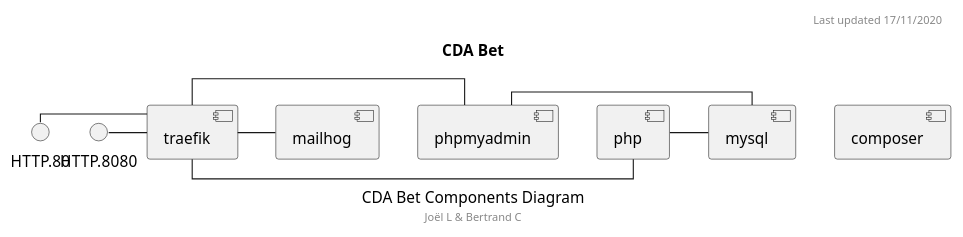
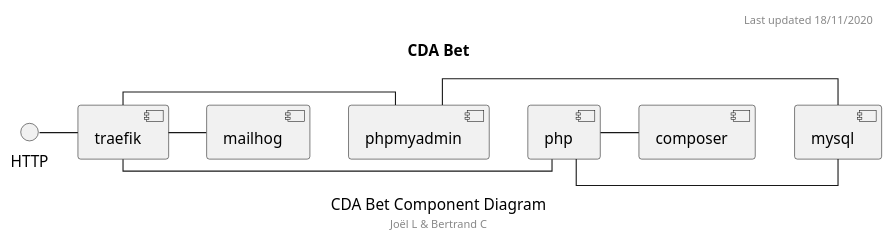
Before and after one commit to OFP-CDA-Mulhouse-2020/parisportif1: the second of 3 diagrams in docs/diagrams/src/CDA Bet.wsd, drawn with PlantUML.

Commit message:
Component diagram update

```diff
--- a/docs/diagrams/src/CDA Bet.wsd
+++ b/docs/diagrams/src/CDA Bet.wsd
@@ -155,17 +155,16 @@
-@startuml "CDA Bet Components Diagram"
+@startuml "CDA Bet Component Diagram"
 hide empty members
 skinparam linetype ortho
-caption CDA Bet Components Diagram
+caption CDA Bet Component Diagram
 footer Joël L & Bertrand C
-header Last updated 17/11/2020
+header Last updated 18/11/2020
 title CDA Bet
 
-HTTP.80 - [traefik]
-HTTP.8080 - [traefik]
+HTTP - [traefik]
 [traefik] - [php]
+[traefik] - [phpmyadmin]
+[traefik] - [mailhog]
 [php] - [mysql]
 [phpmyadmin] - [mysql]
-[composer]
-[traefik] - [phpmyadmin]
-[traefik] - [mailhog]
+[php] - [composer]
 @enduml
```
